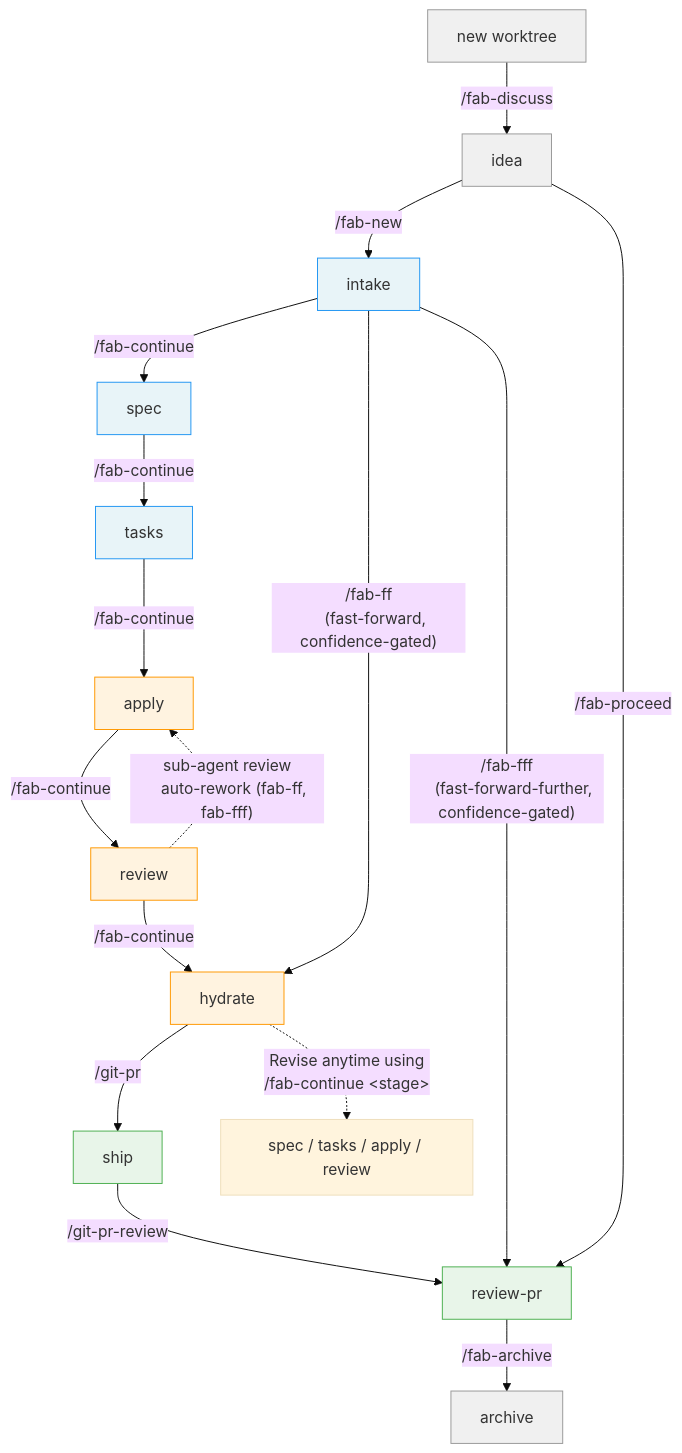
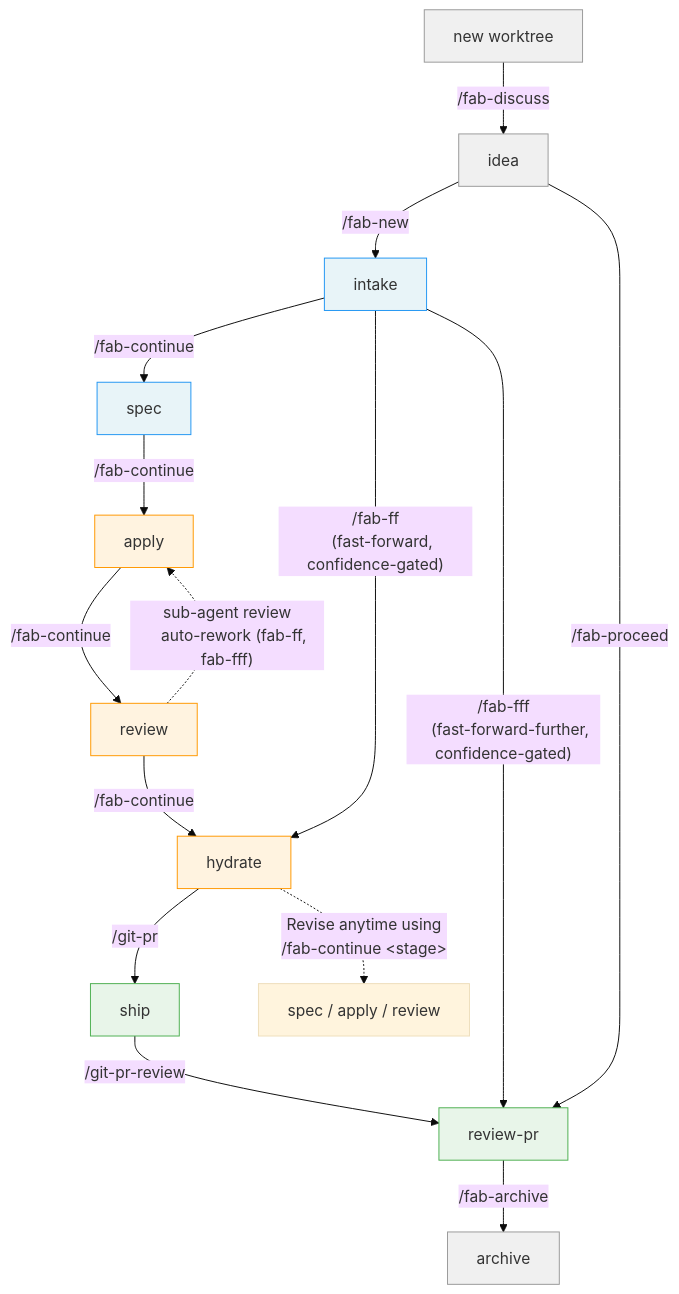
One commit to sahil87/fab-kit changed the second of 4 diagrams in docs/specs/user-flow.md. Above: the diagram before and after it, drawn with Mermaid (base theme). The commit also changed other lines of this file and 66 other files, not shown here.

First line of the commit message:
fix: collapse tasks stage; merge tasks.md + checklist.md into plan.md

````diff
--- a/docs/specs/user-flow.md
+++ b/docs/specs/user-flow.md
@@ -44,43 +42,41 @@
 ```mermaid
 flowchart TD
     WT[new worktree] -->|"/fab-discuss"| IDEA[idea]
     IDEA -->|"/fab-new"| B[intake]
     B -->|"/fab-continue"| S[spec]
-    S -->|"/fab-continue"| T[tasks]
-    T -->|"/fab-continue"| A[apply]
+    S -->|"/fab-continue"| A[apply]
     A -->|"/fab-continue"| R[review]
     R -->|"/fab-continue"| H[hydrate]
     H -->|"/git-pr"| SH[ship]
     SH -->|"/git-pr-review"| RP[review-pr]
 
     %% Post-pipeline housekeeping
     RP -->|"/fab-archive"| AR[archive]
 
     %% Shortcuts
     B -->|"/fab-ff
     (fast-forward, confidence-gated)"| H
     B -->|"/fab-fff
     (fast-forward-further, confidence-gated)"| RP
     IDEA -->|"/fab-proceed"| RP
 
     %% Apply-review loop (sub-agent review with auto-rework)
     R -.->|"sub-agent review
     auto-rework (fab-ff, fab-fff)"| A
 
     %% Rework (reset to any earlier stage)
     H -.->|"Revise anytime using
-    /fab-continue &lt;stage&gt;"| REWORK["spec / tasks / apply / review"]
+    /fab-continue &lt;stage&gt;"| REWORK["spec / apply / review"]
 
     %% Styles
     style WT fill:#f0f0f0,stroke:#999
     style IDEA fill:#f0f0f0,stroke:#999
     style B fill:#e8f4f8,stroke:#2196F3
     style S fill:#e8f4f8,stroke:#2196F3
-    style T fill:#e8f4f8,stroke:#2196F3
     style A fill:#fff3e0,stroke:#FF9800
     style R fill:#fff3e0,stroke:#FF9800
     style H fill:#fff3e0,stroke:#FF9800
     style SH fill:#e8f5e9,stroke:#4CAF50
     style RP fill:#e8f5e9,stroke:#4CAF50
     style AR fill:#f0f0f0,stroke:#999
 ```
````
